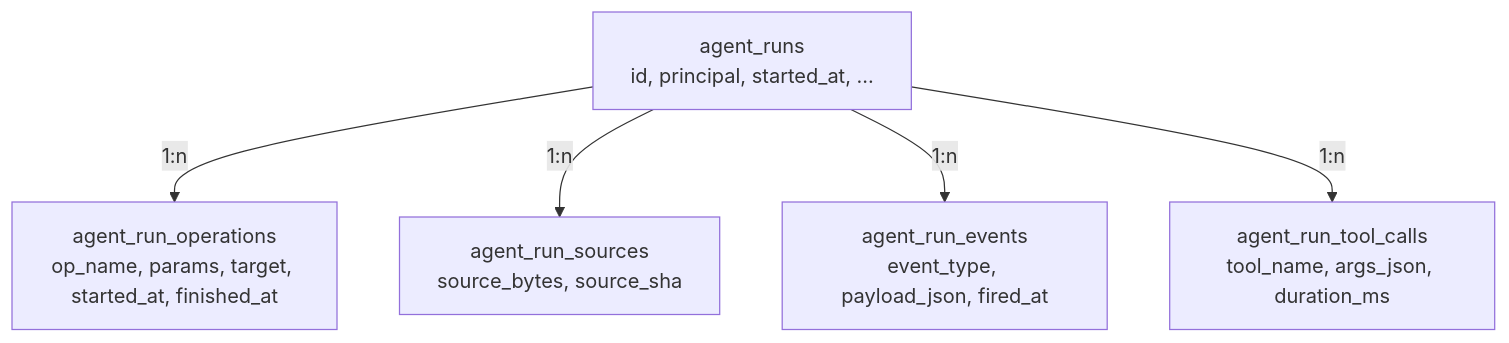
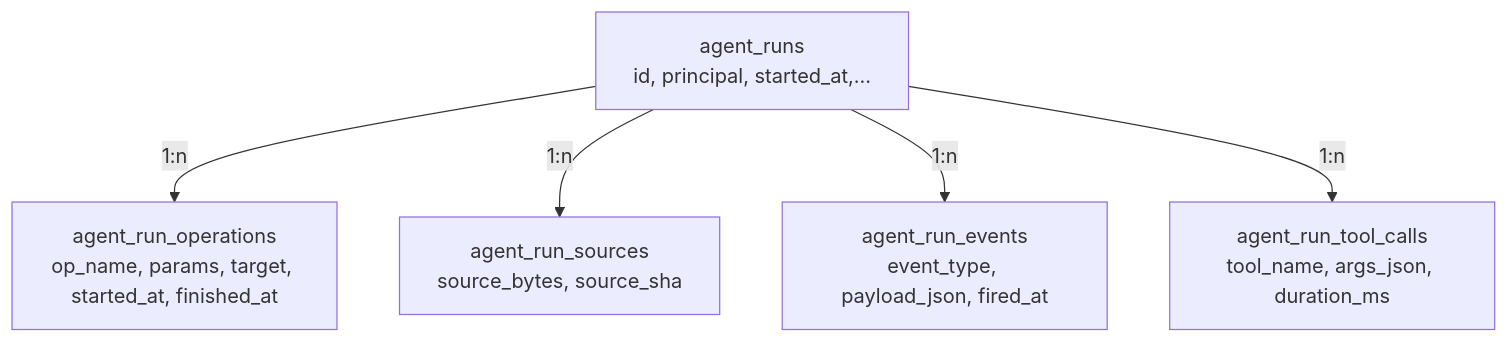
Before and after one commit to FloHofstetter/PointlesSQL: the second of 3 diagrams in docs/concepts/audit-trail.md, drawn with Mermaid. The commit also changed other lines of this file and 76 other files, not shown here.

````diff
--- a/docs/concepts/audit-trail.md
+++ b/docs/concepts/audit-trail.md
@@ -35,12 +35,12 @@
 ```mermaid
 graph TD
-    AR[agent_runs<br/>id, principal, started_at, ...]
-    OPS[agent_run_operations<br/>op_name, params, target, started_at, finished_at]
-    SRC[agent_run_sources<br/>source_bytes, source_sha]
-    EV[agent_run_events<br/>event_type, payload_json, fired_at]
-    TC[agent_run_tool_calls<br/>tool_name, args_json, duration_ms]
-    AR -->|1:n| OPS
-    AR -->|1:n| SRC
-    AR -->|1:n| EV
-    AR -->|1:n| TC
+ AR[agent_runs<br/>id, principal, started_at,...]
+ OPS[agent_run_operations<br/>op_name, params, target, started_at, finished_at]
+ SRC[agent_run_sources<br/>source_bytes, source_sha]
+ EV[agent_run_events<br/>event_type, payload_json, fired_at]
+ TC[agent_run_tool_calls<br/>tool_name, args_json, duration_ms]
+ AR -->|1:n| OPS
+ AR -->|1:n| SRC
+ AR -->|1:n| EV
+ AR -->|1:n| TC
 ```
````
